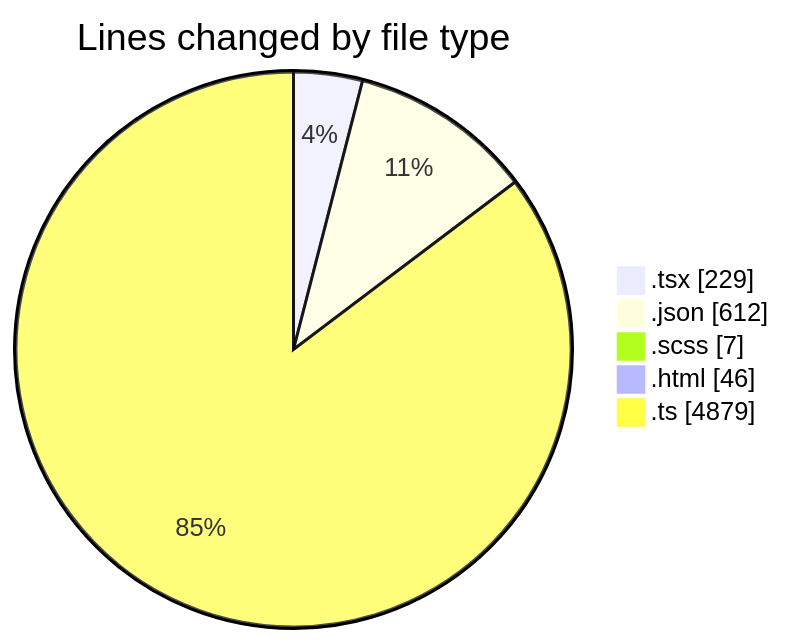
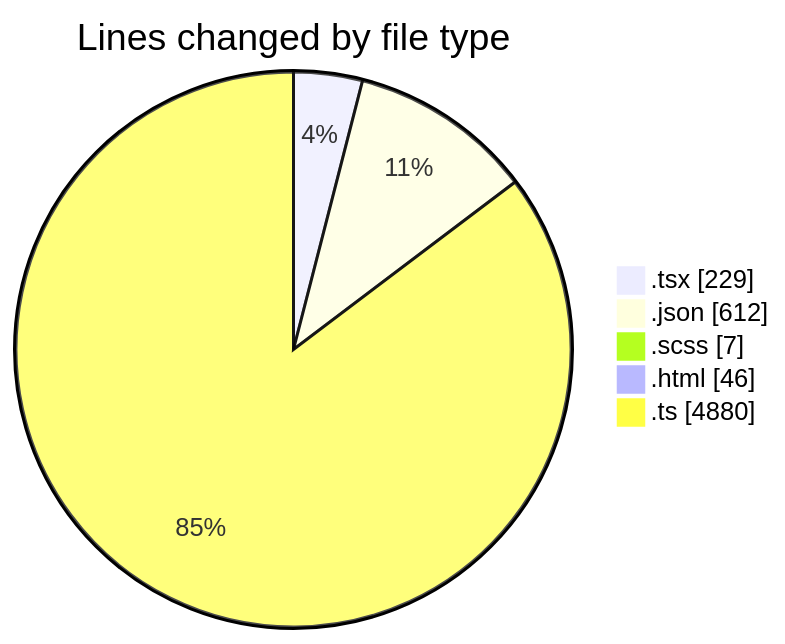
The first of 2 diagrams in 2026-04-14/cda/README.md (momahboobian/code-tracking), drawn with Mermaid before and after one commit. The commit also changed other lines of this file and 1 other file, not shown here.

````diff
--- a/2026-04-14/cda/README.md
+++ b/2026-04-14/cda/README.md
@@ -33,9 +33,9 @@
 ```mermaid
 pie showData
 title Lines changed by file type
 ".tsx" : 229
 ".json" : 612
 ".scss" : 7
 ".html" : 46
-".ts" : 4879
+".ts" : 4880
 ```
````
